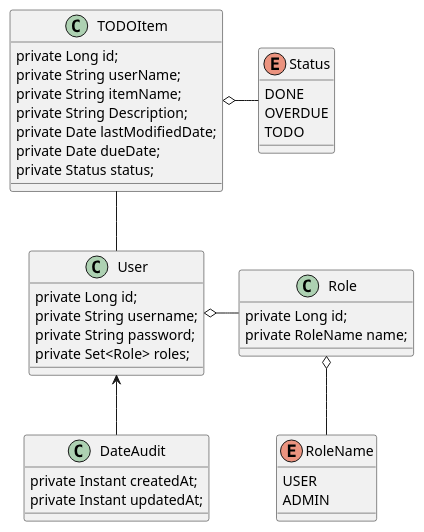
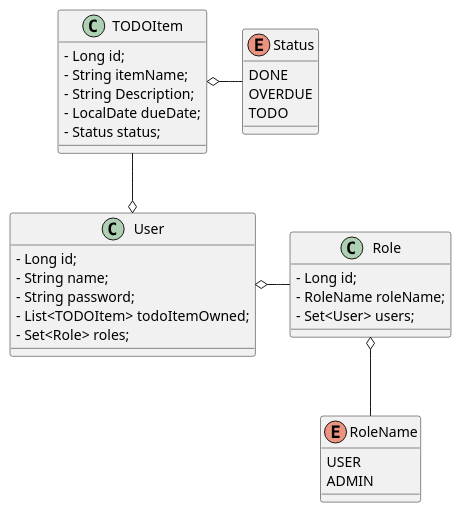
One commit to RepublicHo/simple-todos-manager changed the diagram in src/main/java/com/example/simpletodosmanager/uml/ModelDiagram.puml. Above: the diagram before and after it, drawn with PlantUML. The commit also changed 2 other files, not shown here.

Commit message:
update uml

```diff
--- a/src/main/java/com/example/simpletodosmanager/uml/ModelDiagram.puml
+++ b/src/main/java/com/example/simpletodosmanager/uml/ModelDiagram.puml
@@ -1,49 +1,43 @@
 @startuml
 
 Role o-- RoleName
 User o- Role
-TODOItem -- User
+TODOItem --o User
 TODOItem o- Status
-User <-- DateAudit
 
 enum RoleName{
     USER
     ADMIN
 }
 
 enum Status{
     DONE
     OVERDUE
     TODO
 }
 
-class DateAudit{
-private Instant createdAt;
-private Instant updatedAt;
-}
 
 class Role{
-private Long id;
-private RoleName name;
+<plain>- Long id;
+<plain>- RoleName roleName;
+<plain>- Set<User> users;
 }
 
 class User{
-private Long id;
-private String username;
-private String password;
-private Set<Role> roles;
+<plain>- Long id;
+<plain>- String name;
+<plain>- String password;
+<plain>- List<TODOItem> todoItemOwned;
+<plain>- Set<Role> roles;
 
 }
 
 class TODOItem{
-
-private Long id;
-private String userName;
-private String itemName;
-private String Description;
-private Date lastModifiedDate;
-private Date dueDate;
-private Status status;
+<plain>- Long id;
+<plain>- String itemName;
+<plain>- String Description;
+<plain>- LocalDate dueDate;
+<plain>- Status status;
 
 }
 @enduml
```
